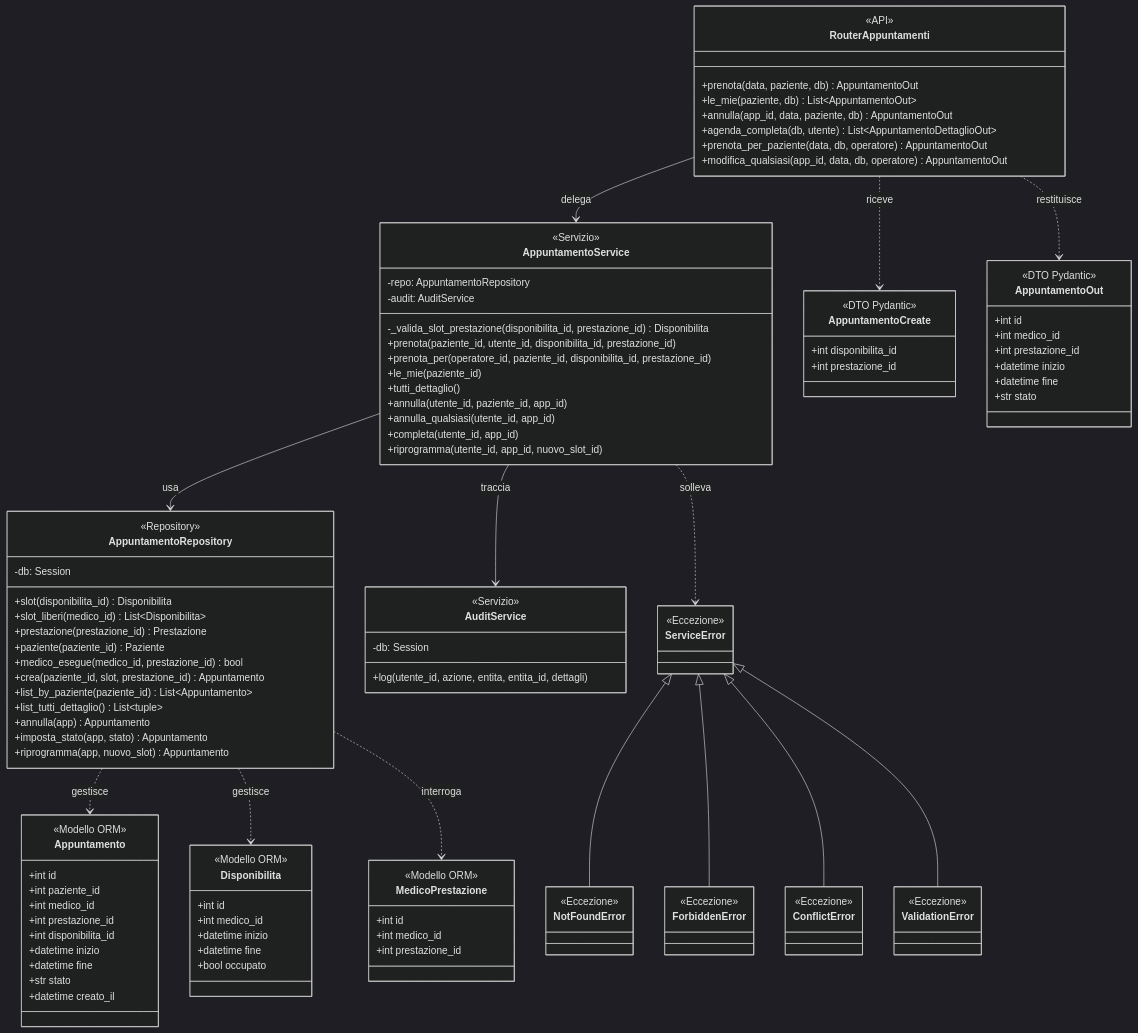
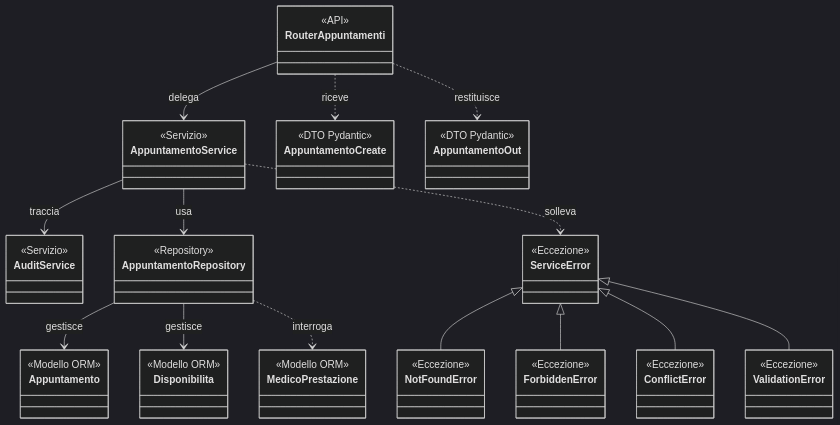
Before and after one commit to giovannicarrino-2802/PW16: the diagram in poliambulatorio-prenotazioni/docs/classi-prenotazione.md, drawn with Mermaid (dark theme).

```diff
--- a/poliambulatorio-prenotazioni/docs/classi-prenotazione.md
+++ b/poliambulatorio-prenotazioni/docs/classi-prenotazione.md
@@ -10,96 +10,31 @@
 
     class RouterAppuntamenti {
         <<API>>
-        +prenota(data, paziente, db) AppuntamentoOut
-        +le_mie(paziente, db) List~AppuntamentoOut~
-        +annulla(app_id, data, paziente, db) AppuntamentoOut
-        +agenda_completa(db, utente) List~AppuntamentoDettaglioOut~
-        +prenota_per_paziente(data, db, operatore) AppuntamentoOut
-        +modifica_qualsiasi(app_id, data, db, operatore) AppuntamentoOut
     }
-
     class AppuntamentoService {
         <<Servizio>>
-        -repo: AppuntamentoRepository
-        -audit: AuditService
-        -_valida_slot_prestazione(disponibilita_id, prestazione_id) Disponibilita
-        +prenota(paziente_id, utente_id, disponibilita_id, prestazione_id)
-        +prenota_per(operatore_id, paziente_id, disponibilita_id, prestazione_id)
-        +le_mie(paziente_id)
-        +tutti_dettaglio()
-        +annulla(utente_id, paziente_id, app_id)
-        +annulla_qualsiasi(utente_id, app_id)
-        +completa(utente_id, app_id)
-        +riprogramma(utente_id, app_id, nuovo_slot_id)
     }
-
+    class AuditService {
+        <<Servizio>>
+    }
     class AppuntamentoRepository {
         <<Repository>>
-        -db: Session
-        +slot(disponibilita_id) Disponibilita
-        +slot_liberi(medico_id) List~Disponibilita~
-        +prestazione(prestazione_id) Prestazione
-        +paziente(paziente_id) Paziente
-        +medico_esegue(medico_id, prestazione_id) bool
-        +crea(paziente_id, slot, prestazione_id) Appuntamento
-        +list_by_paziente(paziente_id) List~Appuntamento~
-        +list_tutti_dettaglio() List~tuple~
-        +annulla(app) Appuntamento
-        +imposta_stato(app, stato) Appuntamento
-        +riprogramma(app, nuovo_slot) Appuntamento
     }
-
-    class AuditService {
-        <<Servizio>>
-        -db: Session
-        +log(utente_id, azione, entita, entita_id, dettagli)
+    class AppuntamentoCreate {
+        <<DTO Pydantic>>
     }
-
+    class AppuntamentoOut {
+        <<DTO Pydantic>>
+    }
     class Appuntamento {
         <<Modello ORM>>
-        +int id
-        +int paziente_id
-        +int medico_id
-        +int prestazione_id
-        +int disponibilita_id
-        +datetime inizio
-        +datetime fine
-        +str stato
-        +datetime creato_il
     }
-
     class Disponibilita {
         <<Modello ORM>>
-        +int id
-        +int medico_id
-        +datetime inizio
-        +datetime fine
-        +bool occupato
     }
-
     class MedicoPrestazione {
         <<Modello ORM>>
-        +int id
-        +int medico_id
-        +int prestazione_id
     }
-
-    class AppuntamentoCreate {
-        <<DTO Pydantic>>
-        +int disponibilita_id
-        +int prestazione_id
-    }
-
-    class AppuntamentoOut {
-        <<DTO Pydantic>>
-        +int id
-        +int medico_id
-        +int prestazione_id
-        +datetime inizio
-        +datetime fine
-        +str stato
-    }
-
     class ServiceError {
         <<Eccezione>>
     }
@@ -116,14 +51,16 @@
         <<Eccezione>>
     }
 
+    RouterAppuntamenti --> AppuntamentoService : delega
     RouterAppuntamenti ..> AppuntamentoCreate : riceve
     RouterAppuntamenti ..> AppuntamentoOut : restituisce
-    RouterAppuntamenti --> AppuntamentoService : delega
+
     AppuntamentoService --> AppuntamentoRepository : usa
     AppuntamentoService --> AuditService : traccia
     AppuntamentoService ..> ServiceError : solleva
-    AppuntamentoRepository ..> Appuntamento : gestisce
-    AppuntamentoRepository ..> Disponibilita : gestisce
+
+    AppuntamentoRepository --> Appuntamento : gestisce
+    AppuntamentoRepository --> Disponibilita : gestisce
     AppuntamentoRepository ..> MedicoPrestazione : interroga
 
     ServiceError <|-- NotFoundError
```
